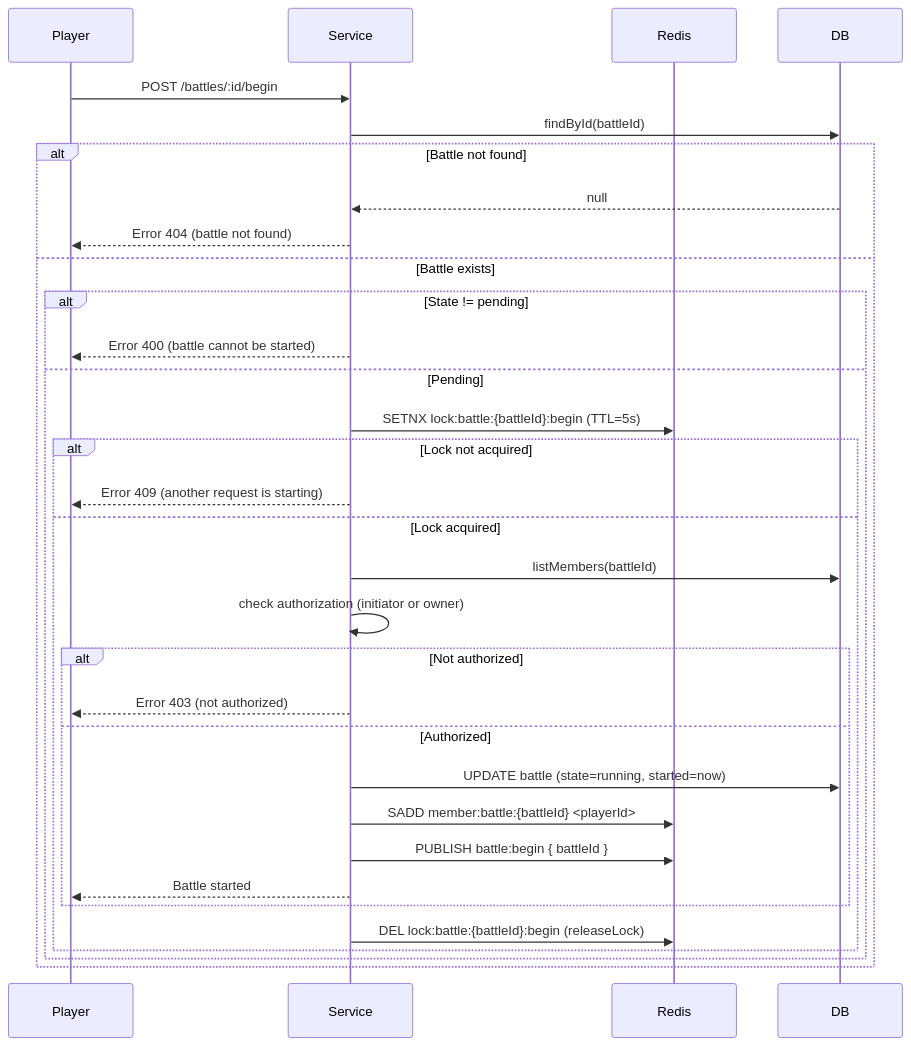
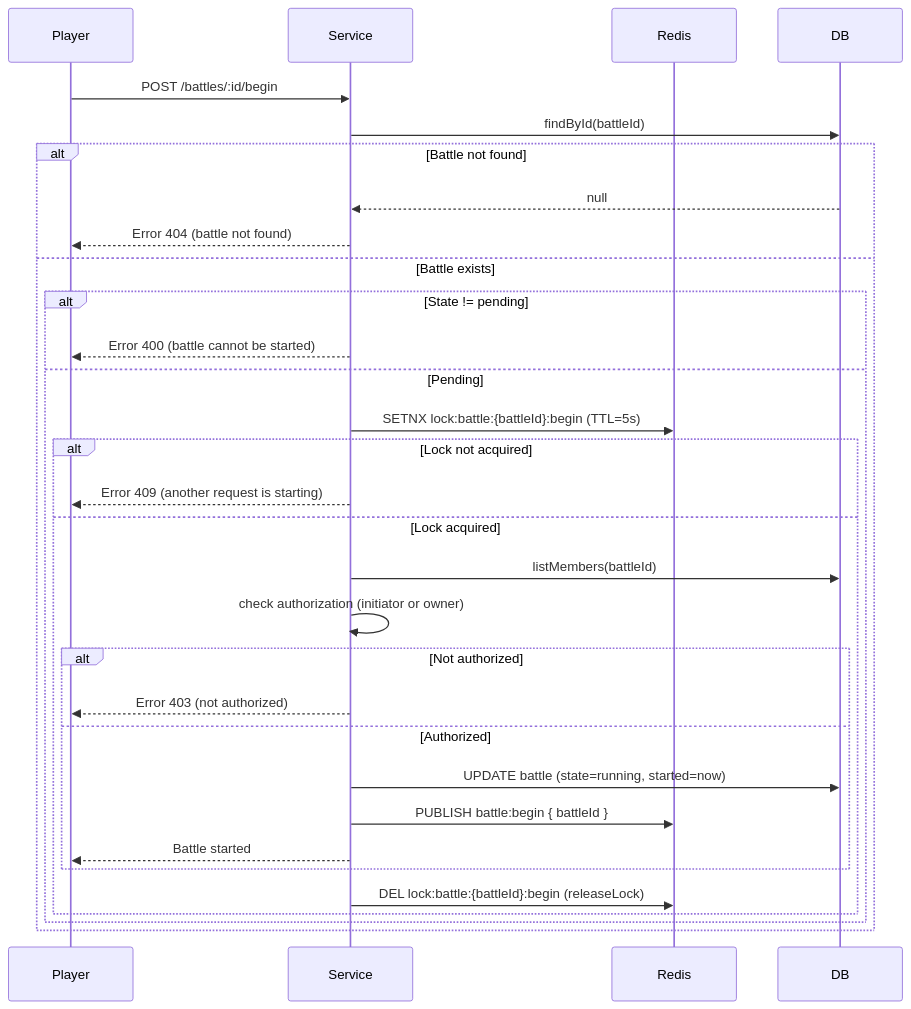
One commit to akulnurislam/social-game changed the fourth of 5 diagrams in README.md. Above: the diagram before and after it, drawn with Mermaid. The commit also changed other lines of this file, not shown here.

````diff
--- a/README.md
+++ b/README.md
@@ -308,35 +309,34 @@
    ```mermaid
    sequenceDiagram
        participant Player
        participant Service
        participant Redis
        participant DB
 
        Player->>Service: POST /battles/:id/begin
        Service->>DB: findById(battleId)
        alt Battle not found
            DB-->>Service: null
            Service-->>Player: Error 404 (battle not found)
        else Battle exists
            alt State != pending
                Service-->>Player: Error 400 (battle cannot be started)
            else Pending
                Service->>Redis: SETNX lock:battle:{battleId}:begin (TTL=5s)
                alt Lock not acquired
                    Service-->>Player: Error 409 (another request is starting)
                else Lock acquired
                    Service->>DB: listMembers(battleId)
                    Service->>Service: check authorization (initiator or owner)
                    alt Not authorized
                        Service-->>Player: Error 403 (not authorized)
                    else Authorized
                        Service->>DB: UPDATE battle (state=running, started=now)
-                       Service->>Redis: SADD member:battle:{battleId} <playerId>
                        Service->>Redis: PUBLISH battle:begin { battleId }
                        Service-->>Player: Battle started
                    end
                    Service->>Redis: DEL lock:battle:{battleId}:begin (releaseLock)
                end
            end
        end
    ```
````
